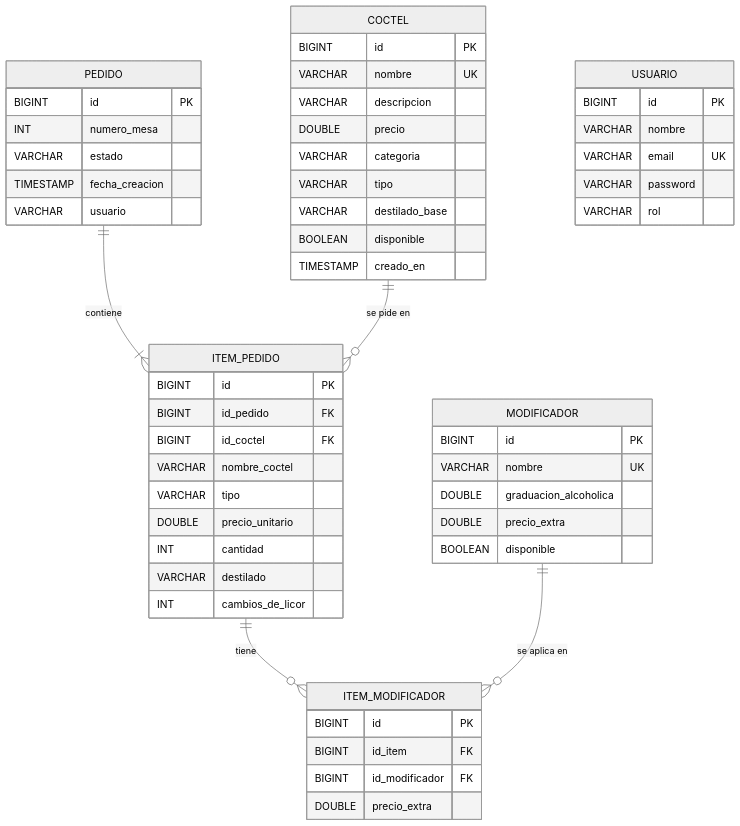
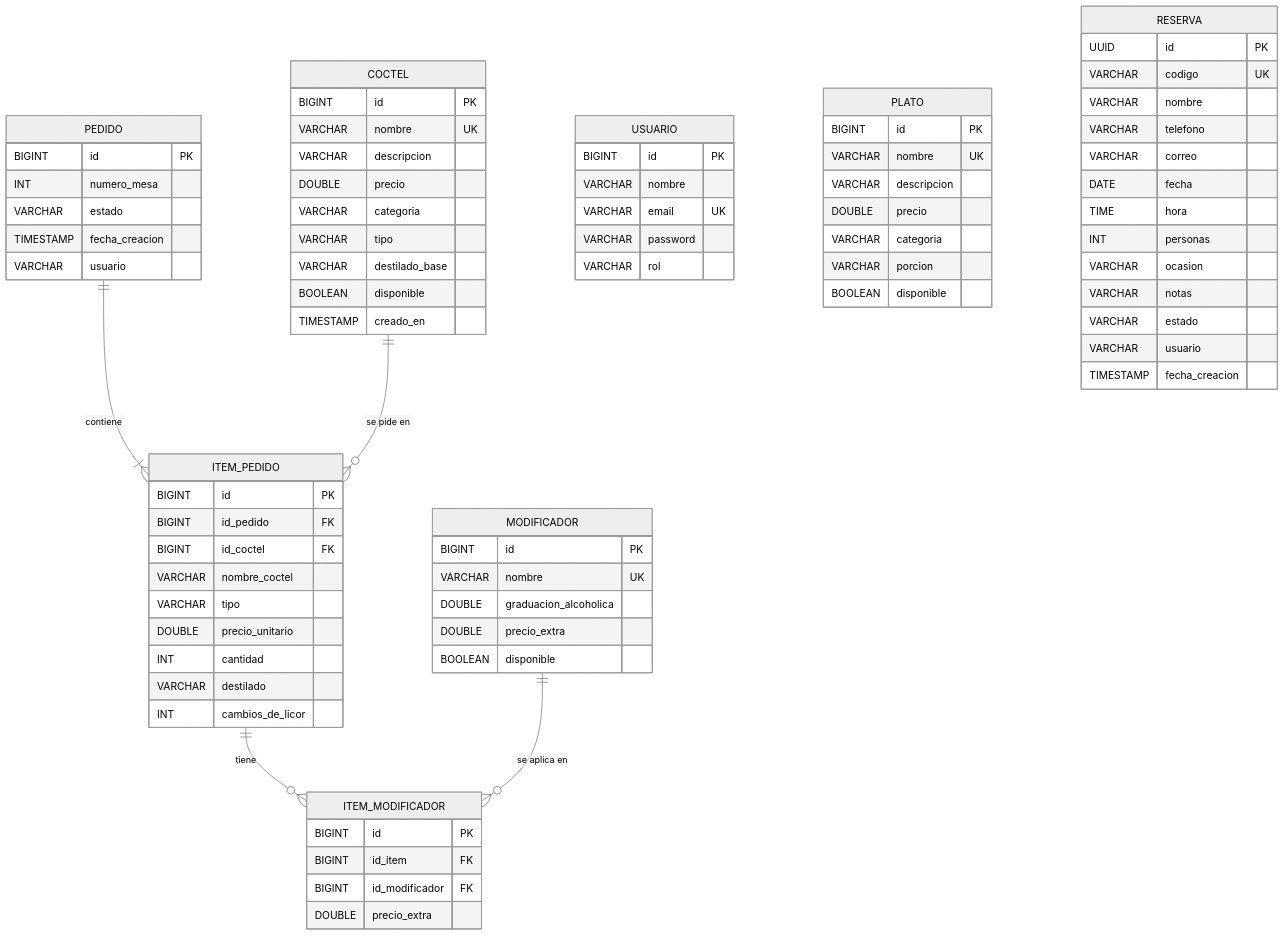
The fifth of 11 diagrams in README.md (JUANNICOLASA/Bitacora_Corte2_NicolasAlvarez), drawn with Mermaid (neutral theme) before and after one commit. The commit also changed other lines of this file and 15 other files, not shown here.

````diff
--- a/README.md
+++ b/README.md
@@ -283,56 +411,80 @@
 ```mermaid
 erDiagram
     COCTEL {
         BIGINT id PK
         VARCHAR nombre UK
         VARCHAR descripcion
         DOUBLE precio
         VARCHAR categoria
         VARCHAR tipo
         VARCHAR destilado_base
         BOOLEAN disponible
         TIMESTAMP creado_en
     }
     MODIFICADOR {
         BIGINT id PK
         VARCHAR nombre UK
         DOUBLE graduacion_alcoholica
         DOUBLE precio_extra
         BOOLEAN disponible
     }
     PEDIDO {
         BIGINT id PK
         INT numero_mesa
         VARCHAR estado
         TIMESTAMP fecha_creacion
         VARCHAR usuario
     }
     ITEM_PEDIDO {
         BIGINT id PK
         BIGINT id_pedido FK
         BIGINT id_coctel FK
         VARCHAR nombre_coctel
         VARCHAR tipo
         DOUBLE precio_unitario
         INT cantidad
         VARCHAR destilado
         INT cambios_de_licor
     }
     ITEM_MODIFICADOR {
         BIGINT id PK
         BIGINT id_item FK
         BIGINT id_modificador FK
         DOUBLE precio_extra
     }
     USUARIO {
         BIGINT id PK
         VARCHAR nombre
         VARCHAR email UK
         VARCHAR password
         VARCHAR rol
     }
+    PLATO {
+        BIGINT id PK
+        VARCHAR nombre UK
+        VARCHAR descripcion
+        DOUBLE precio
+        VARCHAR categoria
+        VARCHAR porcion
+        BOOLEAN disponible
+    }
+    RESERVA {
+        UUID id PK
+        VARCHAR codigo UK
+        VARCHAR nombre
+        VARCHAR telefono
+        VARCHAR correo
+        DATE fecha
+        TIME hora
+        INT personas
+        VARCHAR ocasion
+        VARCHAR notas
+        VARCHAR estado
+        VARCHAR usuario
+        TIMESTAMP fecha_creacion
+    }
     PEDIDO ||--|{ ITEM_PEDIDO : contiene
     COCTEL ||--o{ ITEM_PEDIDO : "se pide en"
     ITEM_PEDIDO ||--o{ ITEM_MODIFICADOR : tiene
     MODIFICADOR ||--o{ ITEM_MODIFICADOR : "se aplica en"
 ```
````
